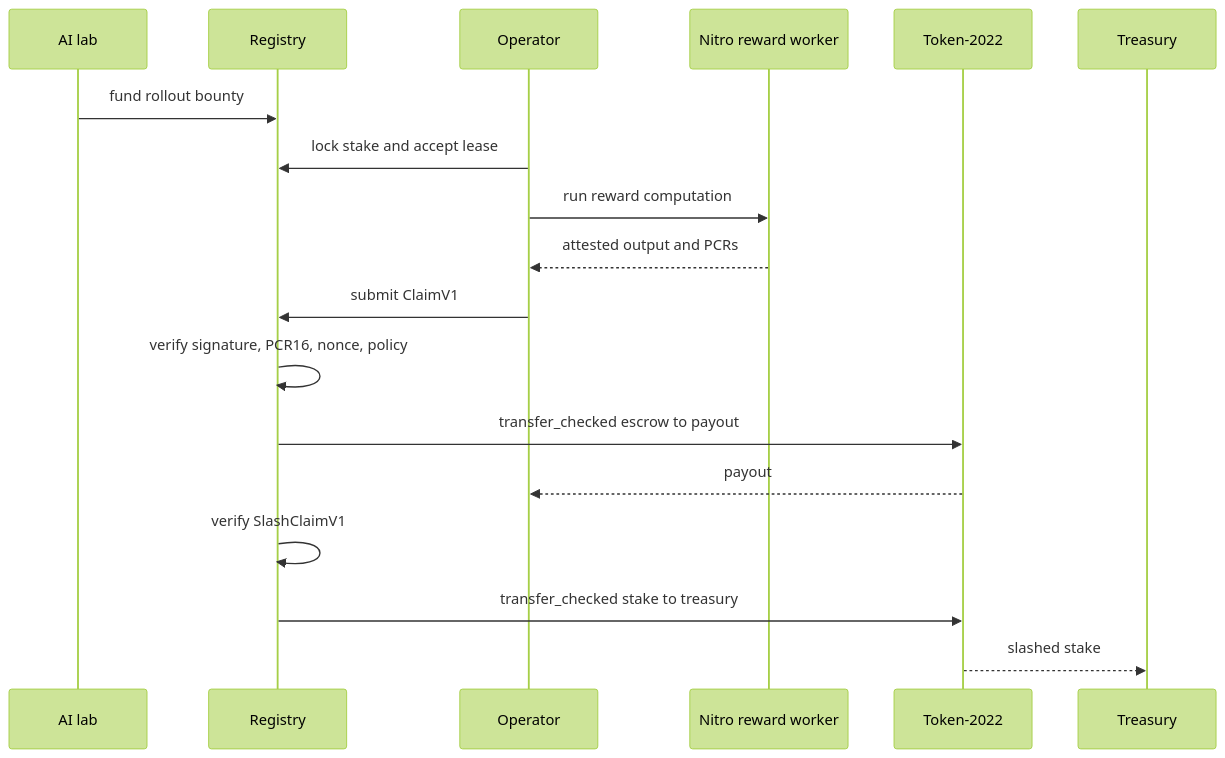
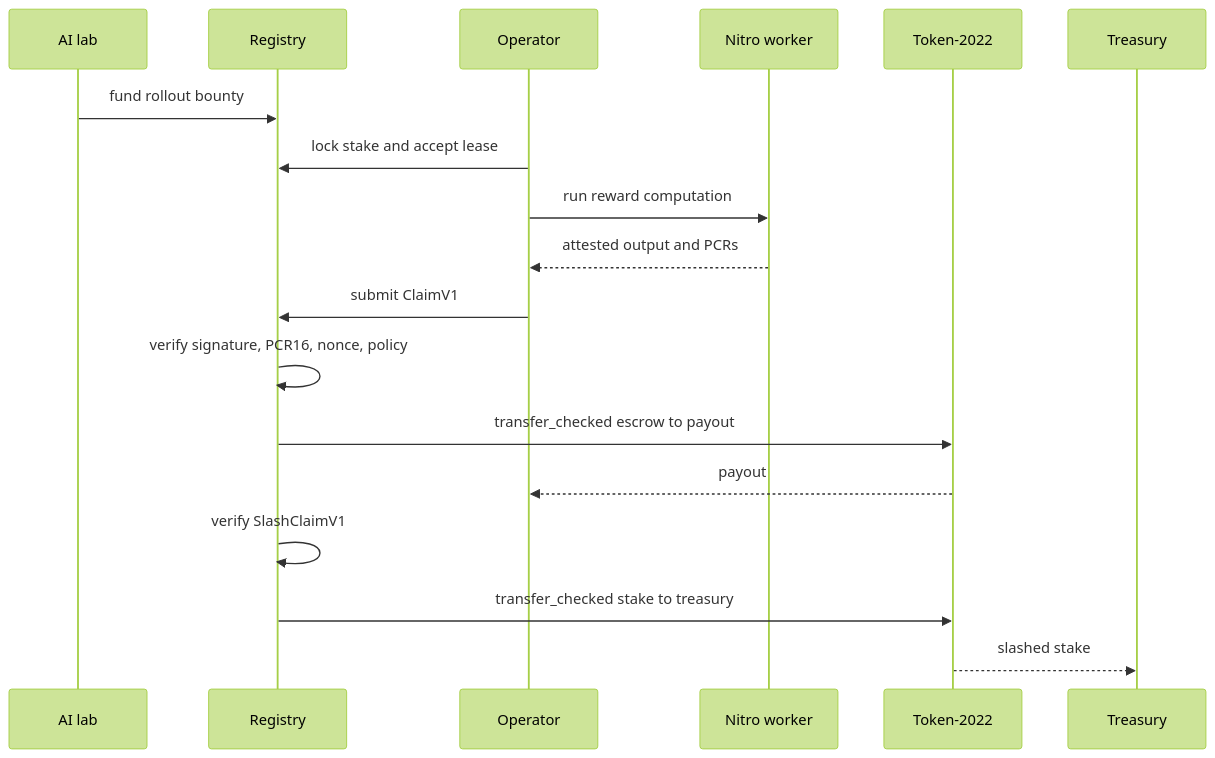
The ninth of 13 diagrams in why.md (arakoodev/SolRL), drawn with Mermaid (forest theme) before and after one commit. The commit also changed other lines of this file, not shown here.

````diff
--- a/why.md
+++ b/why.md
@@ -225,22 +235,22 @@
 ```mermaid
 sequenceDiagram
     participant Lab as AI lab
     participant Registry
     participant Operator
-    participant Nitro as Nitro reward worker
+    participant Nitro as Nitro worker
     participant Token as Token-2022
     participant Treasury
 
     Lab->>Registry: fund rollout bounty
     Operator->>Registry: lock stake and accept lease
     Operator->>Nitro: run reward computation
     Nitro-->>Operator: attested output and PCRs
     Operator->>Registry: submit ClaimV1
     Registry->>Registry: verify signature, PCR16, nonce, policy
     Registry->>Token: transfer_checked escrow to payout
     Token-->>Operator: payout
 
     Registry->>Registry: verify SlashClaimV1
     Registry->>Token: transfer_checked stake to treasury
     Token-->>Treasury: slashed stake
 ```
````
